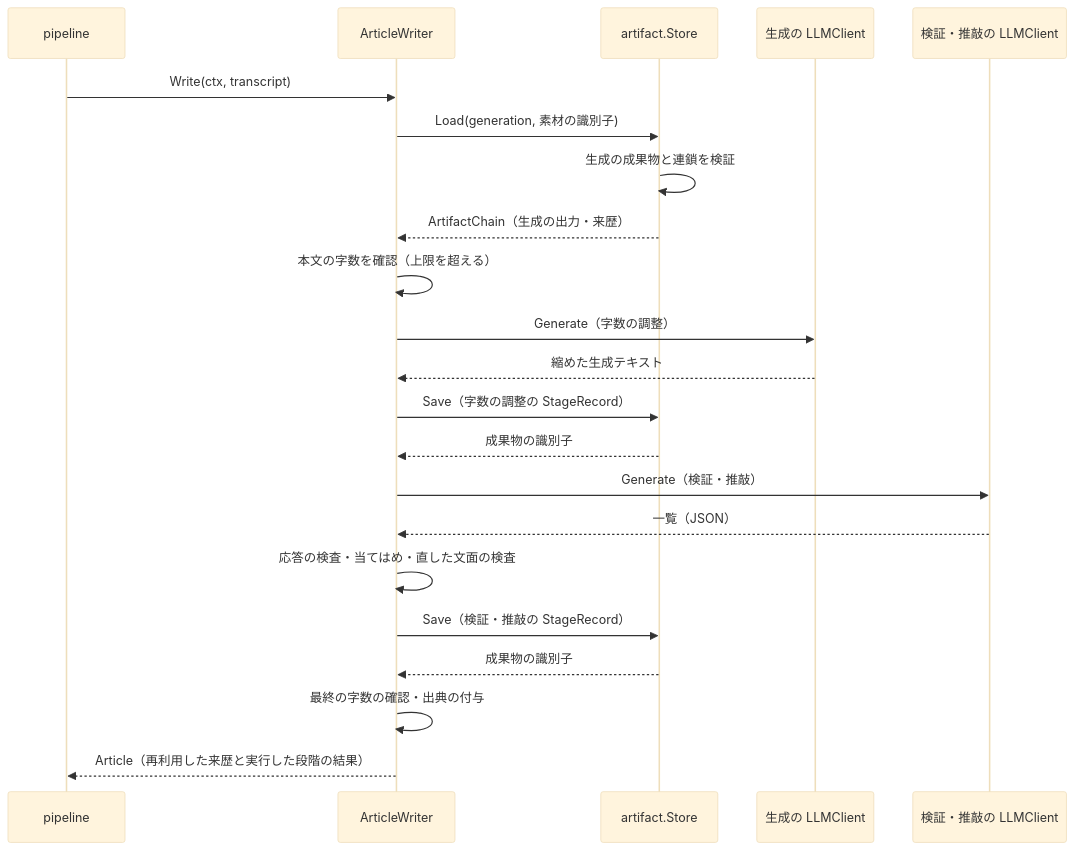
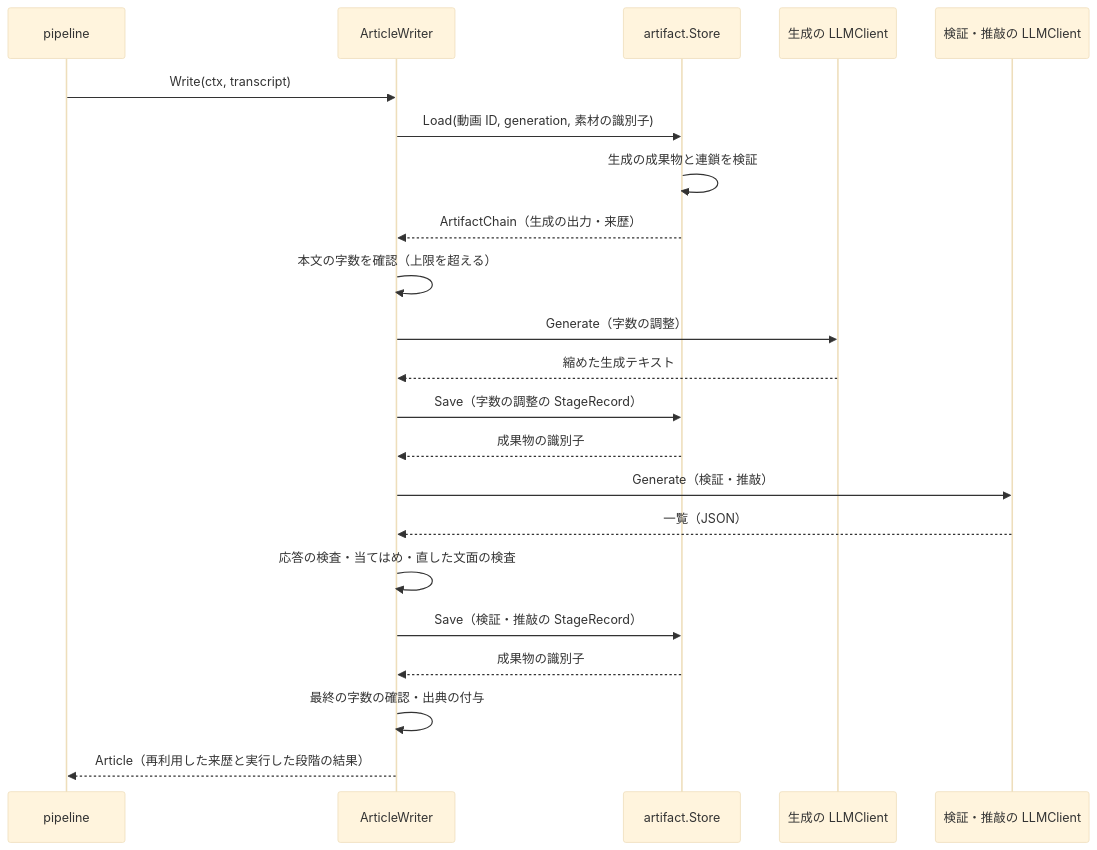
Before and after one commit to isseis/yt2column: the fifth of 10 diagrams in docs/tasks/0017_intermediate_artifacts/02_architecture.md, drawn with Mermaid (base theme). The commit also changed other lines of this file, not shown here.

First line of the commit message:
docs(0017): fix design defects found in review of the architecture

````diff
--- a/docs/tasks/0017_intermediate_artifacts/02_architecture.md
+++ b/docs/tasks/0017_intermediate_artifacts/02_architecture.md
@@ -194,25 +195,25 @@
 ```mermaid
 sequenceDiagram
     participant P as pipeline
     participant W as ArticleWriter
     participant A as artifact.Store
     participant G as 生成の LLMClient
     participant R as 検証・推敲の LLMClient
 
     P->>W: Write(ctx, transcript)
-    W->>A: Load(generation, 素材の識別子)
+    W->>A: Load(動画 ID, generation, 素材の識別子)
     A->>A: 生成の成果物と連鎖を検証
     A-->>W: ArtifactChain（生成の出力・来歴）
     W->>W: 本文の字数を確認（上限を超える）
     W->>G: Generate（字数の調整）
     G-->>W: 縮めた生成テキスト
     W->>A: Save（字数の調整の StageRecord）
     A-->>W: 成果物の識別子
     W->>R: Generate（検証・推敲）
     R-->>W: 一覧（JSON）
     W->>W: 応答の検査・当てはめ・直した文面の検査
     W->>A: Save（検証・推敲の StageRecord）
     A-->>W: 成果物の識別子
     W->>W: 最終の字数の確認・出典の付与
     W-->>P: Article（再利用した来歴と実行した段階の結果）
 ```
````
